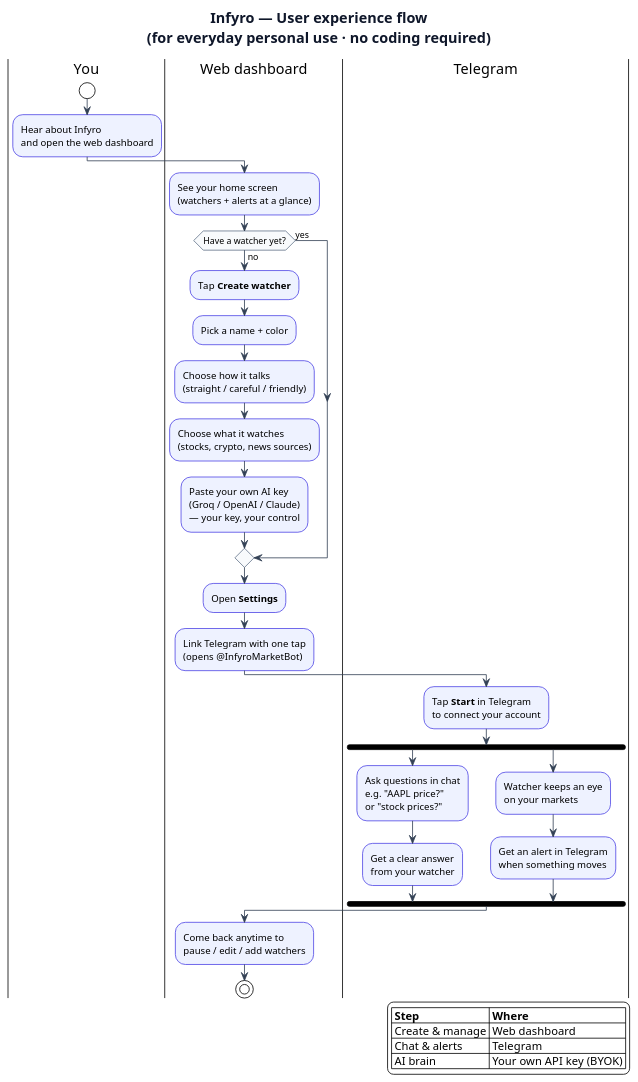
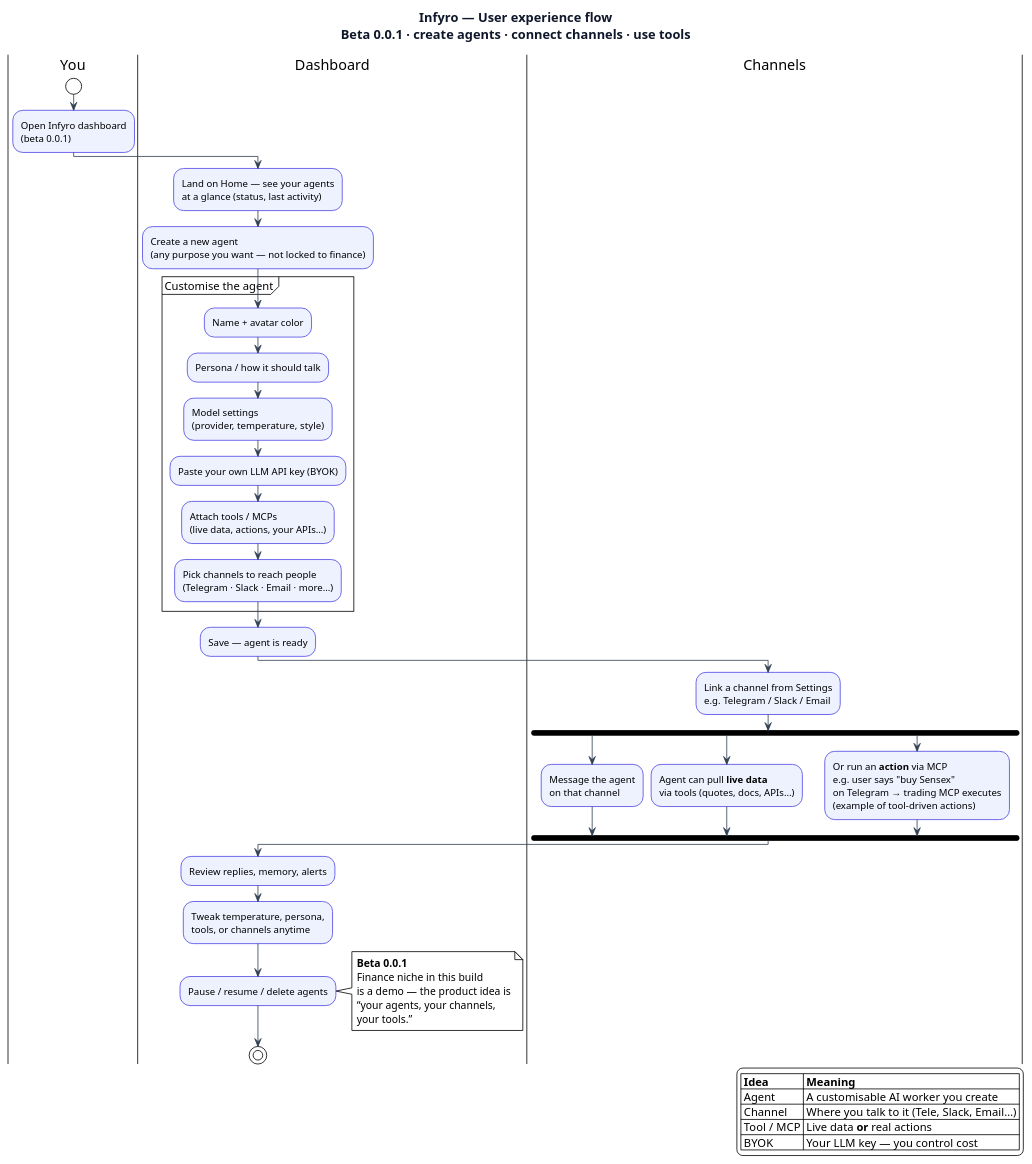
One commit to dv7453/infyro changed the diagram in docs/user-experience-flow.puml. Above: the diagram before and after it, drawn with PlantUML. The commit also changed 1 other file, not shown here.

Commit message:
Reframe UX flow as multi-channel custom agents, not finance-only.

```diff
--- a/docs/user-experience-flow.puml
+++ b/docs/user-experience-flow.puml
@@ -1,58 +1,70 @@
 @startuml Infyro_User_Experience_Flow
 !theme plain
 skinparam backgroundColor #FFFFFF
 skinparam shadowing false
 skinparam defaultFontName SansSerif
 skinparam ActivityBackgroundColor #EEF2FF
 skinparam ActivityBorderColor #4F46E5
 skinparam ActivityDiamondBackgroundColor #F8FAFC
 skinparam ActivityDiamondBorderColor #64748B
 skinparam ArrowColor #334155
-skinparam TitleFontSize 18
+skinparam TitleFontSize 16
 skinparam TitleFontColor #0F172A
 
-title Infyro — User experience flow\n(for everyday personal use · no coding required)
+title Infyro — User experience flow\nBeta 0.0.1 · create agents · connect channels · use tools
 
 |You|
 start
-:Hear about Infyro\nand open the web dashboard;
+:Open Infyro dashboard\n(beta 0.0.1);
 
-|Web dashboard|
-:See your home screen\n(watchers + alerts at a glance);
+|Dashboard|
+:Land on Home — see your agents\nat a glance (status, last activity);
 
-if (Have a watcher yet?) then (no)
-  :Tap **Create watcher**;
-  :Pick a name + color;
-  :Choose how it talks\n(straight / careful / friendly);
-  :Choose what it watches\n(stocks, crypto, news sources);
-  :Paste your own AI key\n(Groq / OpenAI / Claude)\n— your key, your control;
-else (yes)
-endif
+:Create a new agent\n(any purpose you want — not locked to finance);
 
-:Open **Settings**;
-:Link Telegram with one tap\n(opens @InfyroMarketBot);
+partition "Customise the agent" {
+  :Name + avatar color;
+  :Persona / how it should talk;
+  :Model settings\n(provider, temperature, style);
+  :Paste your own LLM API key (BYOK);
+  :Attach tools / MCPs\n(live data, actions, your APIs…);
+  :Pick channels to reach people\n(Telegram · Slack · Email · more…);
+}
 
-|Telegram|
-:Tap **Start** in Telegram\nto connect your account;
+:Save — agent is ready;
+
+|Channels|
+:Link a channel from Settings\ne.g. Telegram / Slack / Email;
 
 fork
-  :Ask questions in chat\ne.g. "AAPL price?"\nor "stock prices?";
-  :Get a clear answer\nfrom your watcher;
+  :Message the agent\non that channel;
 fork again
-  :Watcher keeps an eye\non your markets;
-  :Get an alert in Telegram\nwhen something moves;
+  :Agent can pull **live data**\nvia tools (quotes, docs, APIs…);
+fork again
+  :Or run an **action** via MCP\ne.g. user says "buy Sensex"\non Telegram → trading MCP executes\n(example of tool-driven actions);
 end fork
 
-|Web dashboard|
-:Come back anytime to\npause / edit / add watchers;
+|Dashboard|
+:Review replies, memory, alerts;
+:Tweak temperature, persona,\ntools, or channels anytime;
+:Pause / resume / delete agents;
+
+note right
+  **Beta 0.0.1**
+  Finance niche in this build
+  is a demo — the product idea is
+  “your agents, your channels,
+  your tools.”
+end note
 
 stop
 
 legend right
-  |= Step |= Where |
-  | Create & manage | Web dashboard |
-  | Chat & alerts | Telegram |
-  | AI brain | Your own API key (BYOK) |
+  |= Idea |= Meaning |
+  | Agent | A customisable AI worker you create |
+  | Channel | Where you talk to it (Tele, Slack, Email…) |
+  | Tool / MCP | Live data **or** real actions |
+  | BYOK | Your LLM key — you control cost |
 endlegend
 
 @enduml
```
